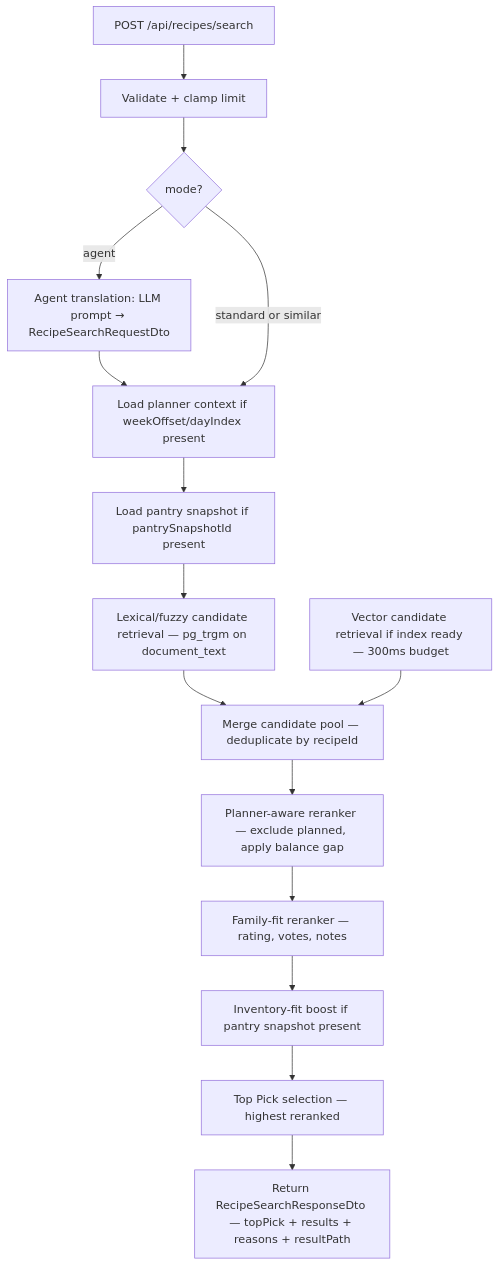
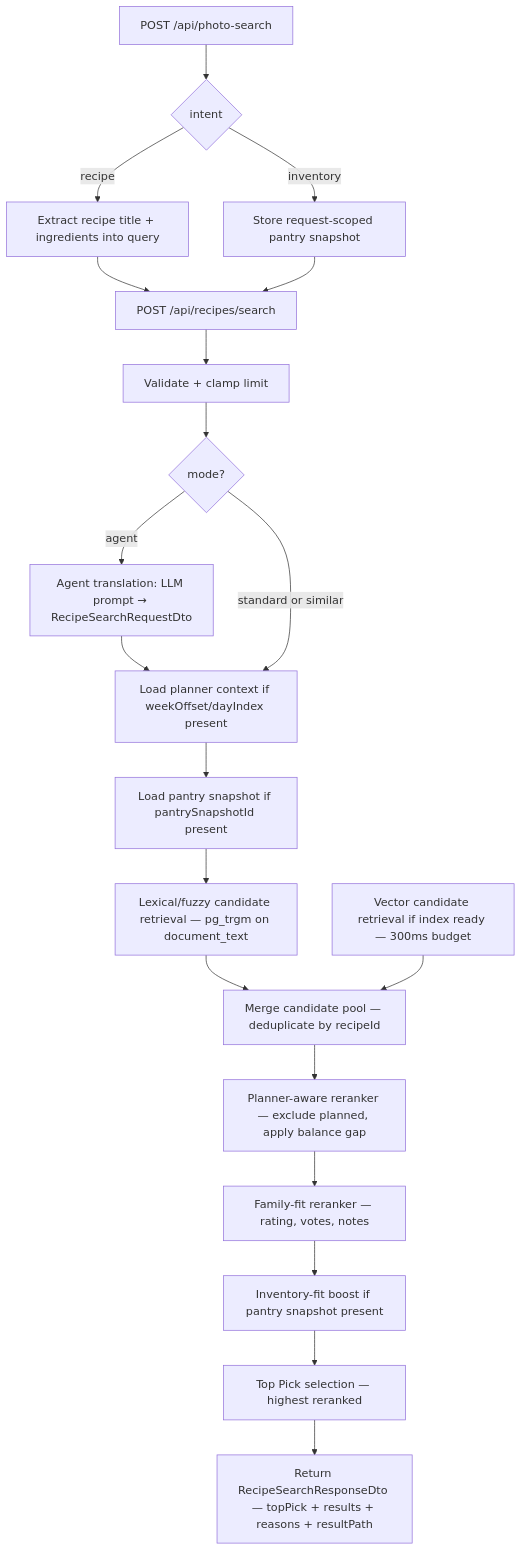
The second of 7 diagrams in .kiro/specs/archive/semantic-recipe-search-v2/design.md (AlexandreBrisebois/whats-for-supper), drawn with Mermaid before and after one commit. The commit also changed other lines of this file and 15 other files, not shown here.

First line of the commit message:
feat: Enhance photo search functionality and refine recipe purge process

````diff
--- a/.kiro/specs/archive/semantic-recipe-search-v2/design.md
+++ b/.kiro/specs/archive/semantic-recipe-search-v2/design.md
@@ -409,18 +413,23 @@
 ```mermaid
 flowchart TD
+    P[POST /api/photo-search] --> P2{intent}
+    P2 -->|recipe| P3[Extract recipe title + ingredients into query]
+    P2 -->|inventory| P4[Store request-scoped pantry snapshot]
+    P3 --> A
+    P4 --> A
     A[POST /api/recipes/search] --> B[Validate + clamp limit]
     B --> B2{mode?}
     B2 -->|agent| BA[Agent translation: LLM prompt → RecipeSearchRequestDto]
     BA --> C
     B2 -->|standard or similar| C
     C[Load planner context if weekOffset/dayIndex present] --> D
     D[Load pantry snapshot if pantrySnapshotId present] --> E
     E[Lexical/fuzzy candidate retrieval — pg_trgm on document_text] --> F
     E2[Vector candidate retrieval if index ready — 300ms budget] --> F
     F[Merge candidate pool — deduplicate by recipeId] --> G
     G[Planner-aware reranker — exclude planned, apply balance gap] --> H
     H[Family-fit reranker — rating, votes, notes] --> I
     I[Inventory-fit boost if pantry snapshot present] --> J
     J[Top Pick selection — highest reranked] --> K
     K[Return RecipeSearchResponseDto — topPick + results + reasons + resultPath]
 ```
````
